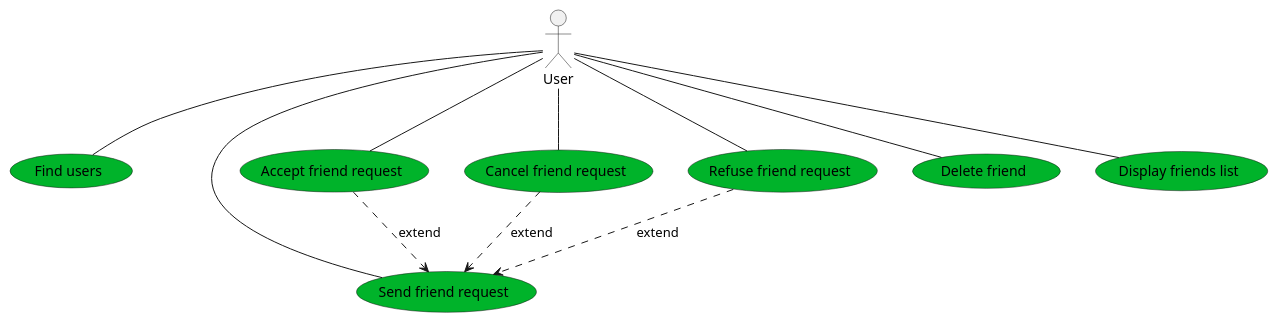
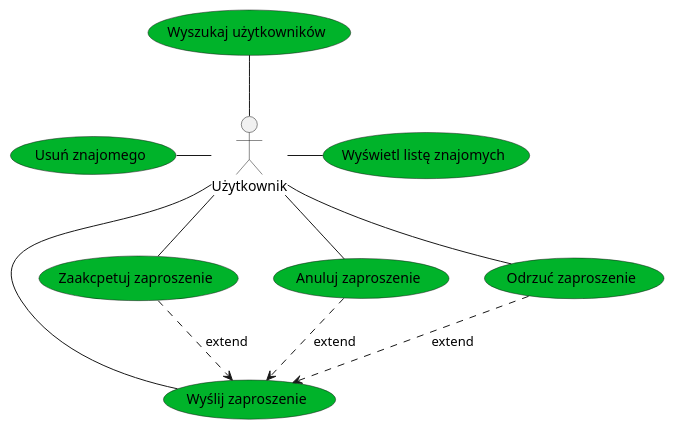
The diagram in diagrams/food/use-cases copy 3.plantuml (DCTRN/foodTrainerBE), drawn with PlantUML before and after one commit. The commit also changed 17 other files, not shown here.

```diff
--- a/diagrams/food/use-cases copy 3.plantuml
+++ b/diagrams/food/use-cases copy 3.plantuml
@@ -1,77 +1,40 @@
 @startuml
 ' #ffbb00 - auth
 ' #00b32a - userFriends
 ' #0077ff - products
 ' #c700d9 - userProducts
 ' Actors declarations
-actor User as U
+actor Użytkownik as U
 
 ' UseCases declarations
-
-' ' Auth use cases declarations
-' "Register to application" as (Registration) #ffbb00
-' "Login to application" as (Login) #ffbb00
-' "Logout from application" as (Logout) #ffbb00
-
 ' UserFriends use cases declarations
-"Find users" as (FindUsers) #00b32a
-"Send friend request" as (SendFriendRequest) #00b32a
-"Accept friend request" as (AcceptFriendRequest) #00b32a
-"Cancel friend request" as (CancelFriendRequest) #00b32a
-"Refuse friend request" as (RefuseFriendRequest) #00b32a
-"Delete friend" as (DeleteFriend) #00b32a
-"Display friends list" as (DisplayFriendsList) #00b32a
-
-' ' Product use cases declarations
-' "Find product" as (FinProduct) #0077ff
-' "Add new product" as (AddNewProduct) #0077ff
-' "Modify product" as (ModifyProduct) #0077ff
-' "Delete Product" as (DeleteProduct) #0077ff
-' "Display user products" as (DisplayUserProducts) #0077ff
-
-' ' UserProduct use cases declarations
-' "Add product to diary " as (AddProductToDiary) #c700d9
-' "Modify entry" as (ModifyEntry) #c700d9
-' "Delete entry" as (DeleteEntry) #c700d9
-' "Display products entries by date" as (DisplayProductEntriesByDate) #c700d9
-' "Show entries chart by date" as (ShowEntriesChartByDate) #c700d9
-
-' ' Auth use cases
-' U -- Registration
-' U -- Login
-' U -- Logout
+"Wyszukaj użytkowników" as (FindUsers) #00b32a
+"Wyślij zaproszenie" as (SendFriendRequest) #00b32a
+"Zaakcpetuj zaproszenie" as (AcceptFriendRequest) #00b32a
+"Anuluj zaproszenie" as (CancelFriendRequest) #00b32a
+"Odrzuć zaproszenie" as (RefuseFriendRequest) #00b32a
+"Usuń znajomego" as (DeleteFriend) #00b32a
+"Wyświetl listę znajomych" as (DisplayFriendsList) #00b32a
 
 ' UserFriends use cases
-U -- FindUsers
+U -up- FindUsers
 
-U -- SendFriendRequest
+U -right- DisplayFriendsList
+
+U -down- SendFriendRequest
 
 CancelFriendRequest .down.> SendFriendRequest : extend
 U -- CancelFriendRequest
 
 RefuseFriendRequest .down.> SendFriendRequest : extend
-U -- RefuseFriendRequest
+U -down- RefuseFriendRequest
 
 
 AcceptFriendRequest .down.> SendFriendRequest : extend
 U -- AcceptFriendRequest
 
-U -- DisplayFriendsList
 
-U -- DeleteFriend
 
-' ' Product use casess
-' U -left- FinProduct
-' U -left- AddNewProduct
-' U -left- ModifyProduct
-' U -left- DeleteProduct
-' U -left- DisplayUserProducts
-
-' ' UserProduct use cases
-' U -right- AddProductToDiary
-' U -right- ModifyEntry
-' U -right- DeleteEntry
-' U -right- DisplayProductEntriesByDate
-' U -right- ShowEntriesChartByDate
+U -left- DeleteFriend
 
 @enduml
```
